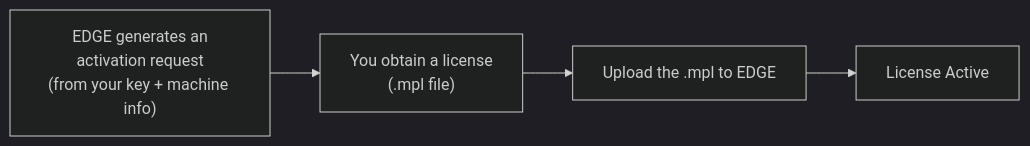
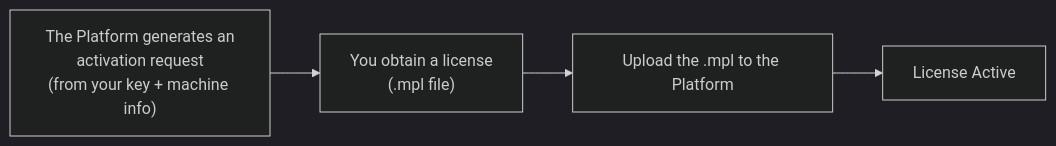
One commit to machhub-dev/docs changed the diagram in src/content/docs/concepts/licensing.md. Above: the diagram before and after it, drawn with Mermaid (dark theme). The commit also changed other lines of this file and 24 other files, not shown here.

First line of the commit message:
docs: rename product from "MACHHUB EDGE" to "MACHHUB Platform"

````diff
--- a/src/content/docs/concepts/licensing.md
+++ b/src/content/docs/concepts/licensing.md
@@ -22,6 +22,6 @@
 ```mermaid
 flowchart LR
-  A["EDGE generates an\nactivation request\n(from your key + machine info)"] --> B["You obtain a license\n(.mpl file)"]
-  B --> C["Upload the .mpl to EDGE"]
+  A["The Platform generates an\nactivation request\n(from your key + machine info)"] --> B["You obtain a license\n(.mpl file)"]
+  B --> C["Upload the .mpl to the Platform"]
   C --> D["License Active"]
 ```
````
